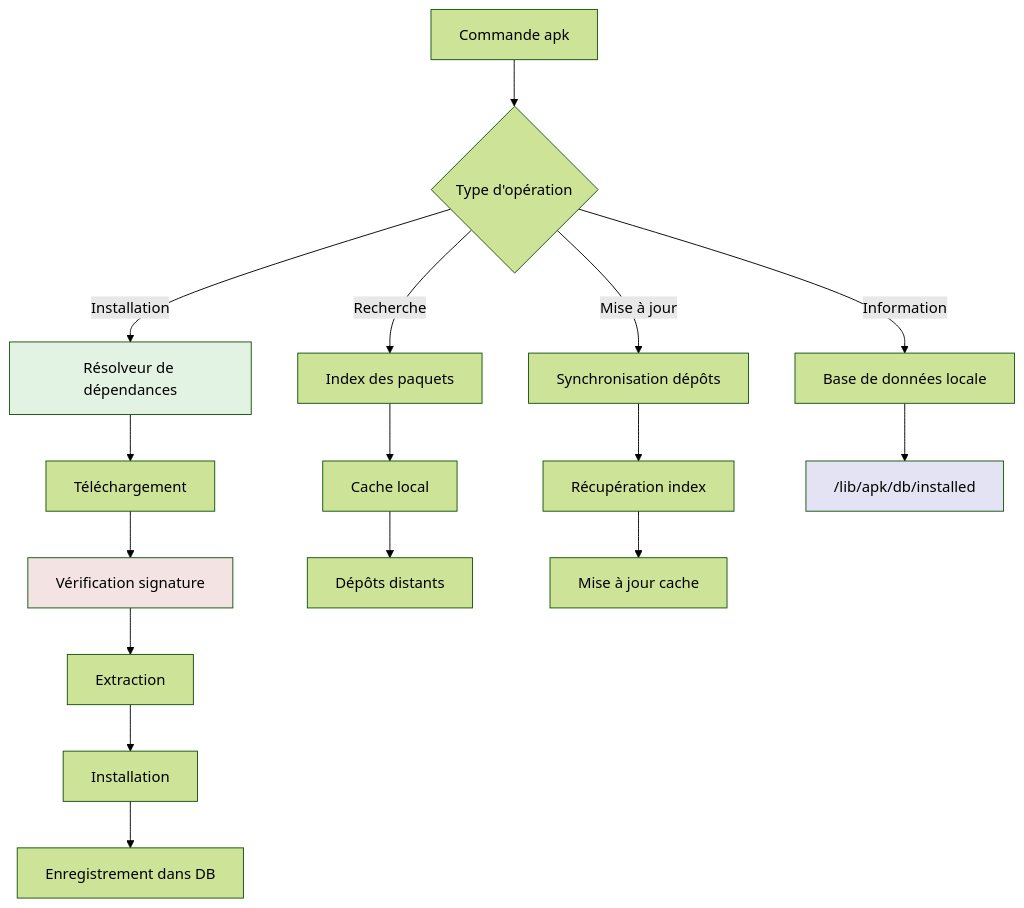
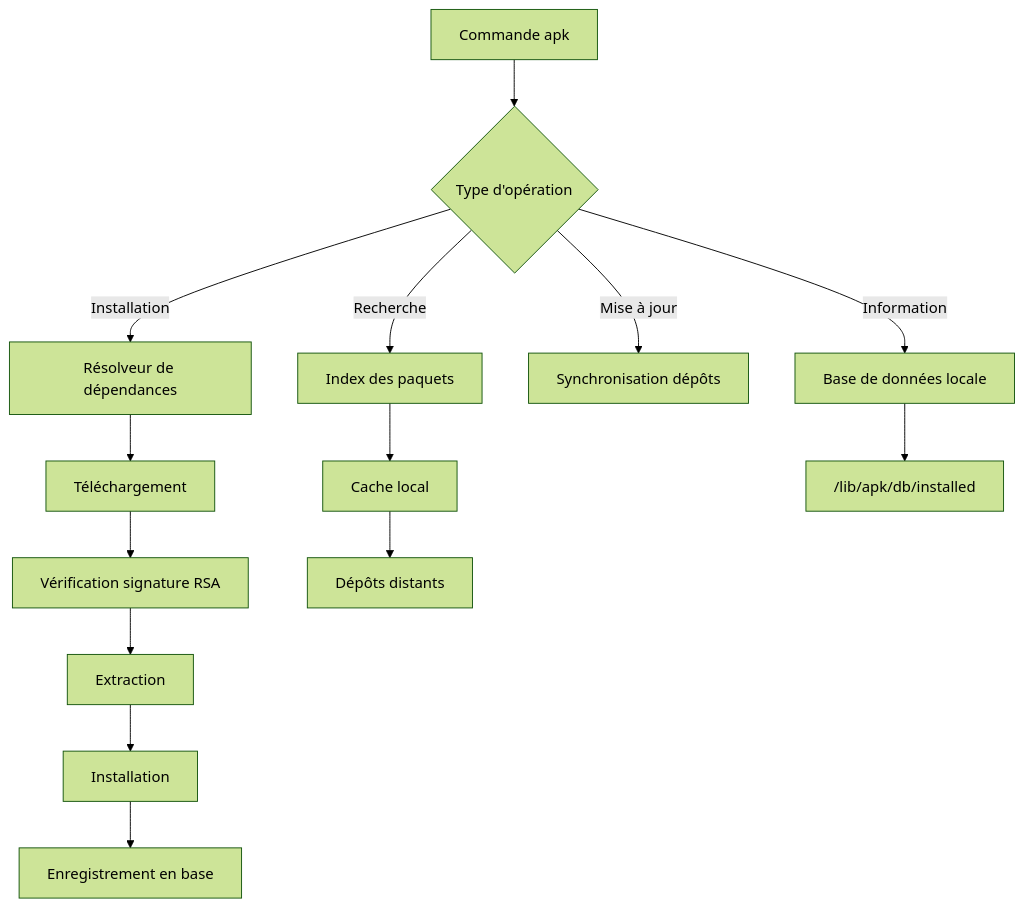
The second of 2 diagrams in docs/bases/paquets/apk-alpine.md (zyrass/omnydocs), drawn with Mermaid (forest theme) before and after one commit. The commit also changed other lines of this file and 671 other files, not shown here.

````diff
--- a/docs/bases/paquets/apk-alpine.md
+++ b/docs/bases/paquets/apk-alpine.md
@@ -111,27 +97,23 @@
 ```mermaid
-graph TB
-    A[Commande apk] --> B{Type d'opération}
-    
-    B -->|Installation| C[Résolveur de dépendances]
-    B -->|Recherche| D[Index des paquets]
-    B -->|Mise à jour| E[Synchronisation dépôts]
-    B -->|Information| F[Base de données locale]
-    
-    C --> G[Téléchargement]
-    G --> H[Vérification signature]
-    H --> I[Extraction]
-    I --> J[Installation]
-    J --> K[Enregistrement dans DB]
-    
-    D --> L[Cache local]
-    L --> M[Dépôts distants]
-    
-    E --> N[Récupération index]
-    N --> O[Mise à jour cache]
-    
+flowchart TB
+    A["Commande apk"]
+    B{"Type d'opération"}
+
+    A --> B
+
+    B -->|Installation| C["Résolveur de dépendances"]
+    B -->|Recherche| D["Index des paquets"]
+    B -->|Mise à jour| E["Synchronisation dépôts"]
+    B -->|Information| F["Base de données locale"]
+
+    C --> G["Téléchargement"]
+    G --> H["Vérification signature RSA"]
+    H --> I["Extraction"]
+    I --> J["Installation"]
+    J --> K["Enregistrement en base"]
+
+    D --> L["Cache local"]
+    L --> M["Dépôts distants"]
+
     F --> P["/lib/apk/db/installed"]
-    
-    style C fill:#e3f3e3
-    style H fill:#f3e3e3
-    style P fill:#e3e3f3
 ```
````
